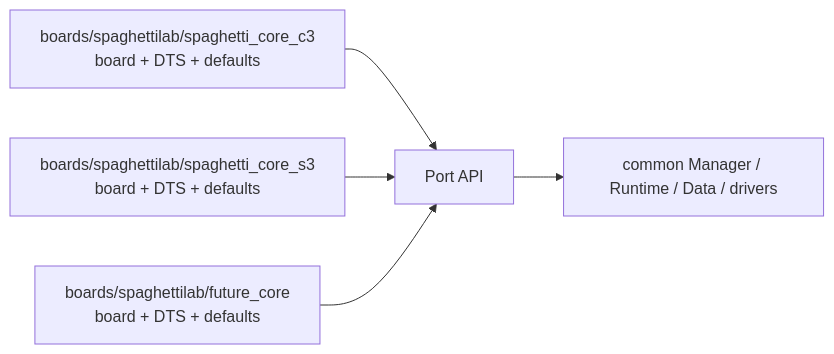
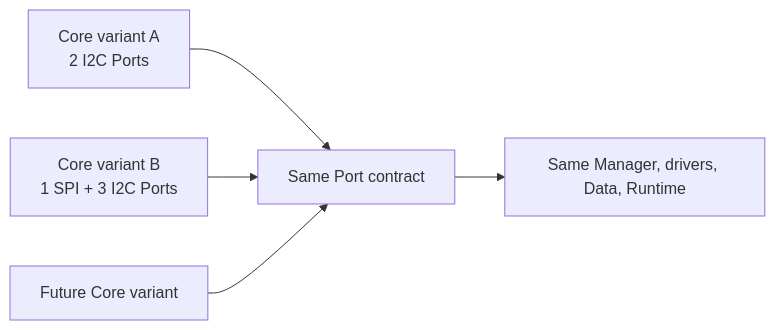
Before and after one commit to andreapiccini/SpaghettiLAB: diagram 16 of 17 in Firmware/core/ARCHITECTURE.md, drawn with Mermaid. The commit also changed other lines of this file and 164 other files, not shown here.

````diff
--- a/Firmware/core/ARCHITECTURE.md
+++ b/Firmware/core/ARCHITECTURE.md
@@ -527,13 +500,13 @@
 ```mermaid
 flowchart LR
-    C3["boards/spaghettilab/spaghetti_core_c3<br/>board + DTS + defaults"]
-    S3["boards/spaghettilab/spaghetti_core_s3<br/>board + DTS + defaults"]
-    FC["boards/spaghettilab/future_core<br/>board + DTS + defaults"]
-    PORT["Port API"]
-    COMMON["common Manager / Runtime / Data / drivers"]
+    A["Core variant A<br/>2 I2C Ports"]
+    B["Core variant B<br/>1 SPI + 3 I2C Ports"]
+    C["Future Core variant"]
+    PORT["Same Port contract"]
+    COMMON["Same Manager, drivers, Data, Runtime"]
 
-    C3 --> PORT
-    S3 --> PORT
-    FC --> PORT
+    A --> PORT
+    B --> PORT
+    C --> PORT
     PORT --> COMMON
 ```
````
